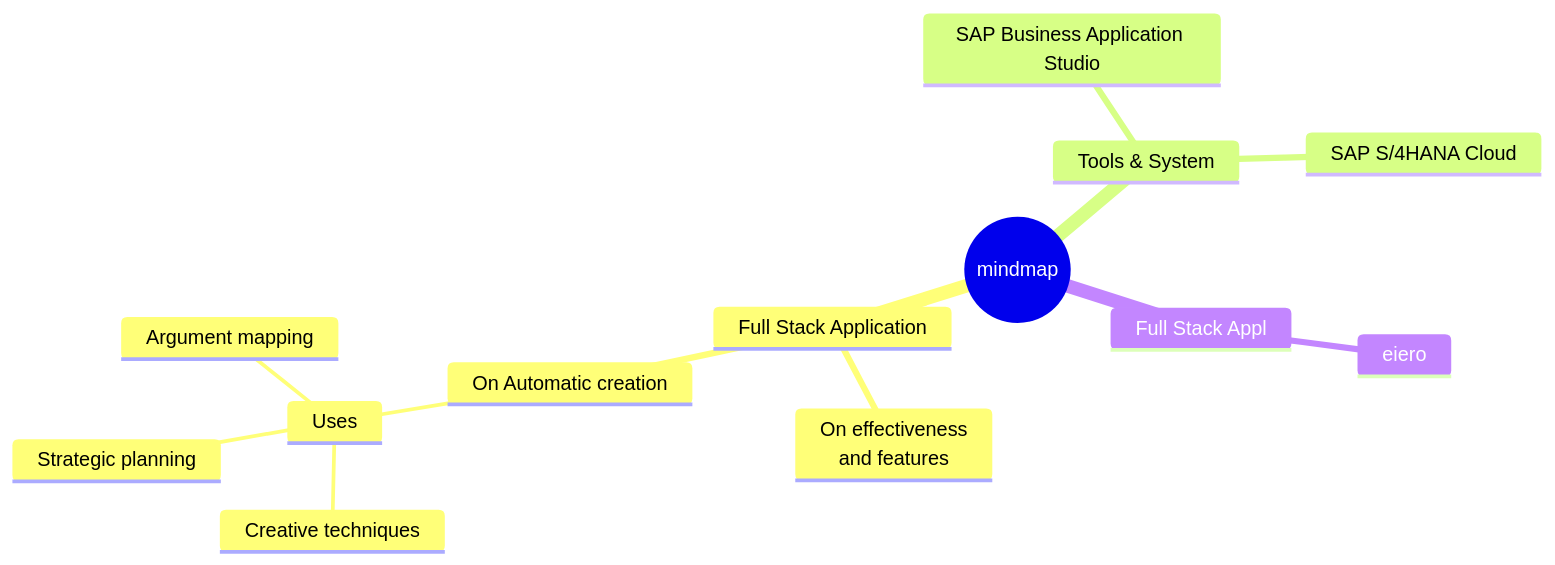
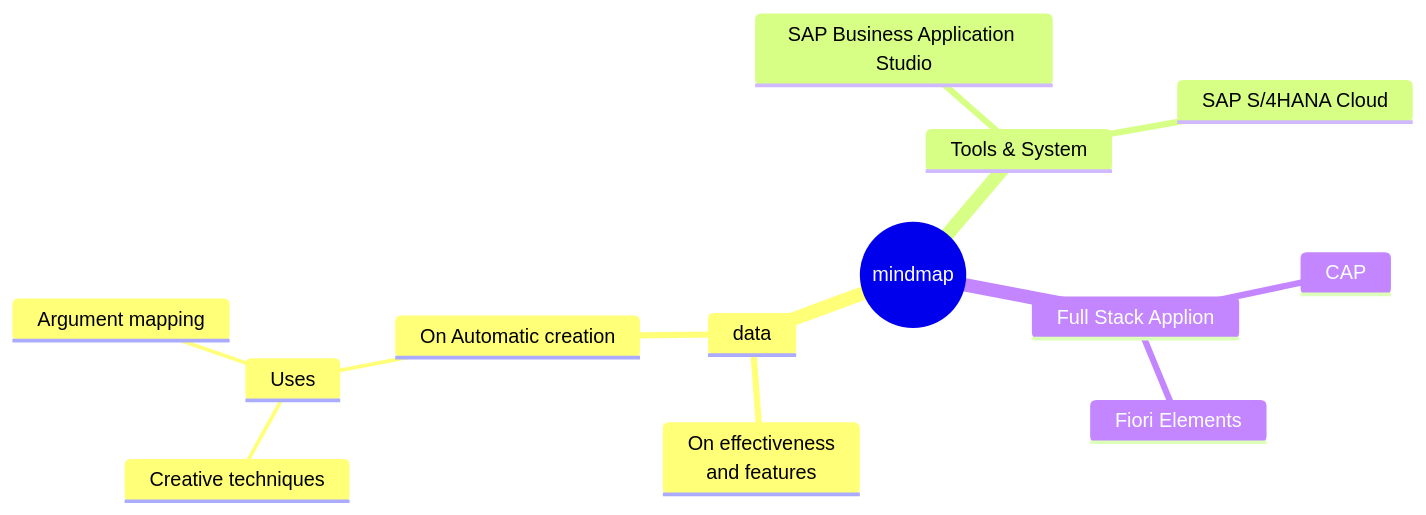
One commit to ejazsyed/validation-issue changed the first of 4 diagrams in README.md. Above: the diagram before and after it, drawn with Mermaid.

````diff
--- a/README.md
+++ b/README.md
@@ -7,16 +7,16 @@
 ```mermaid
    mindmap
   root((mindmap))
-    Full Stack Application
+    data
       On effectiveness<br/>and features
       On Automatic creation
         Uses
             Creative techniques
-            Strategic planning
             Argument mapping
     Tools & System
       SAP Business Application Studio
       SAP S/4HANA Cloud
-    Full Stack Appl
-      eiero
+    Full Stack Applion
+      CAP
+      Fiori Elements
 ```
````
